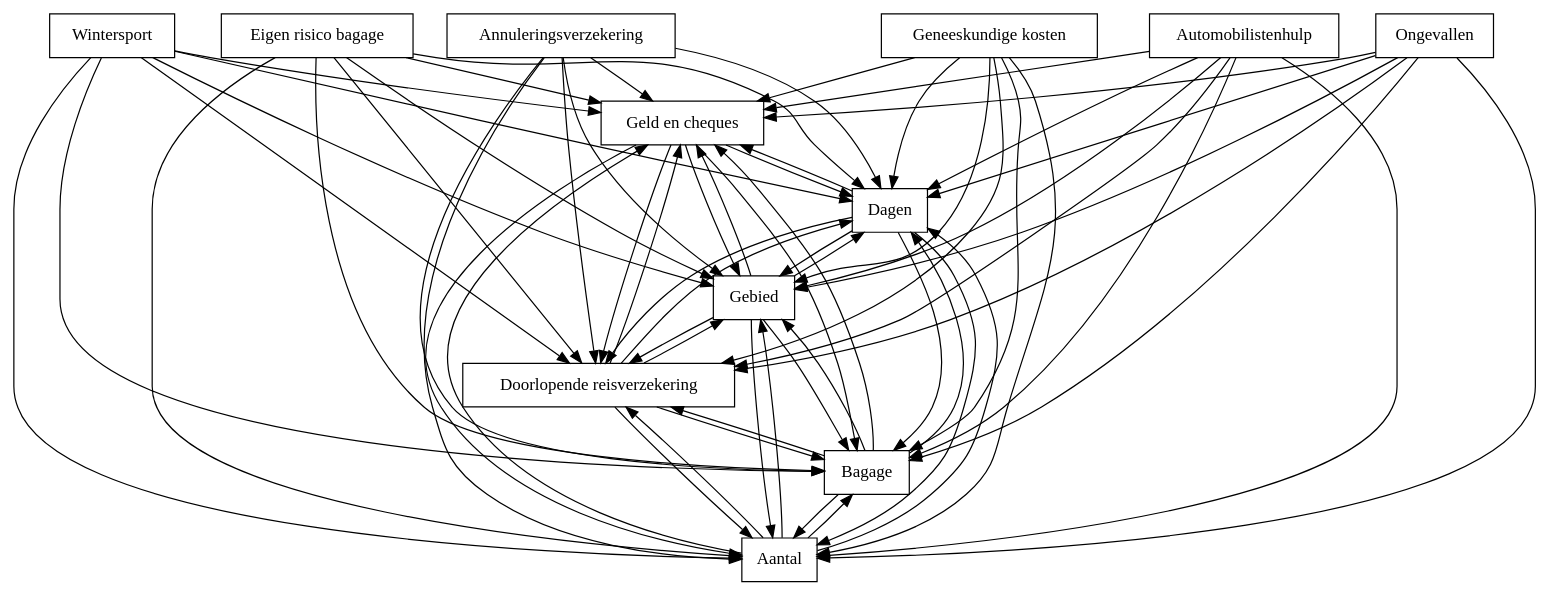
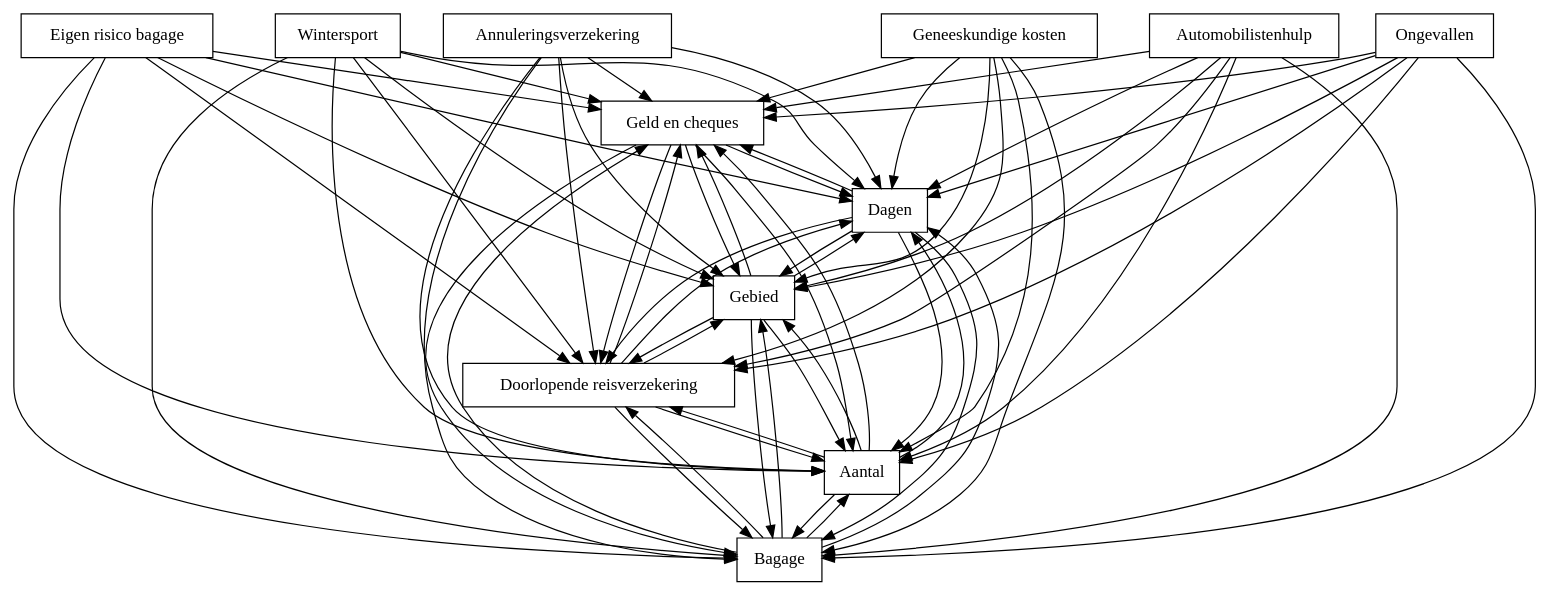
One commit to FAMILIAR-project/familiar-language changed the diagram in FAMILIAR/output/SPLOT-big/fm_63_model_20110130_639381749.xml.dot. Above: the diagram before and after it, drawn with Graphviz. The commit also changed 821 other files, not shown here.

```diff
--- a/FAMILIAR/output/SPLOT-big/fm_63_model_20110130_639381749.xml.dot
+++ b/FAMILIAR/output/SPLOT-big/fm_63_model_20110130_639381749.xml.dot
@@ -1,83 +1,83 @@
 digraph{
 graph [rankdir=TB];
 node [shape=box];
 edge [arrowhead=normal];
 0[label="Annuleringsverzekering",]
 1[label="Geld en cheques",]
-2[label="Eigen risico bagage",]
-3[label="Wintersport",]
-4[label="Dagen",]
+2[label="Wintersport",]
+3[label="Dagen",]
+4[label="Eigen risico bagage",]
 5[label="Automobilistenhulp",]
-6[label="Aantal",]
+6[label="Bagage",]
 7[label="Ongevallen",]
-8[label="Bagage",]
-9[label="Geneeskundige kosten",]
-10[label="Doorlopende reisverzekering",]
+8[label="Aantal",]
+9[label="Doorlopende reisverzekering",]
+10[label="Geneeskundige kosten",]
 11[label="Gebied",]
 0->1[label="",]
-0->4[label="",]
+0->3[label="",]
 0->6[label="",]
 0->8[label="",]
-0->10[label="",]
+0->9[label="",]
 0->11[label="",]
-1->4[label="",]
+1->3[label="",]
 1->6[label="",]
 1->8[label="",]
-1->10[label="",]
+1->9[label="",]
 1->11[label="",]
 2->1[label="",]
-2->4[label="",]
+2->3[label="",]
 2->6[label="",]
 2->8[label="",]
-2->10[label="",]
+2->9[label="",]
 2->11[label="",]
 3->1[label="",]
-3->4[label="",]
 3->6[label="",]
 3->8[label="",]
-3->10[label="",]
+3->9[label="",]
 3->11[label="",]
 4->1[label="",]
+4->3[label="",]
 4->6[label="",]
 4->8[label="",]
-4->10[label="",]
+4->9[label="",]
 4->11[label="",]
 5->1[label="",]
-5->4[label="",]
+5->3[label="",]
 5->6[label="",]
 5->8[label="",]
-5->10[label="",]
+5->9[label="",]
 5->11[label="",]
 6->1[label="",]
-6->4[label="",]
+6->3[label="",]
 6->8[label="",]
-6->10[label="",]
+6->9[label="",]
 6->11[label="",]
 7->1[label="",]
-7->4[label="",]
+7->3[label="",]
 7->6[label="",]
 7->8[label="",]
-7->10[label="",]
+7->9[label="",]
 7->11[label="",]
 8->1[label="",]
-8->4[label="",]
+8->3[label="",]
 8->6[label="",]
-8->10[label="",]
+8->9[label="",]
 8->11[label="",]
 9->1[label="",]
-9->4[label="",]
+9->3[label="",]
 9->6[label="",]
 9->8[label="",]
-9->10[label="",]
 9->11[label="",]
 10->1[label="",]
-10->4[label="",]
+10->3[label="",]
 10->6[label="",]
 10->8[label="",]
+10->9[label="",]
 10->11[label="",]
 11->1[label="",]
-11->4[label="",]
+11->3[label="",]
 11->6[label="",]
 11->8[label="",]
-11->10[label="",]
+11->9[label="",]
 }
```
